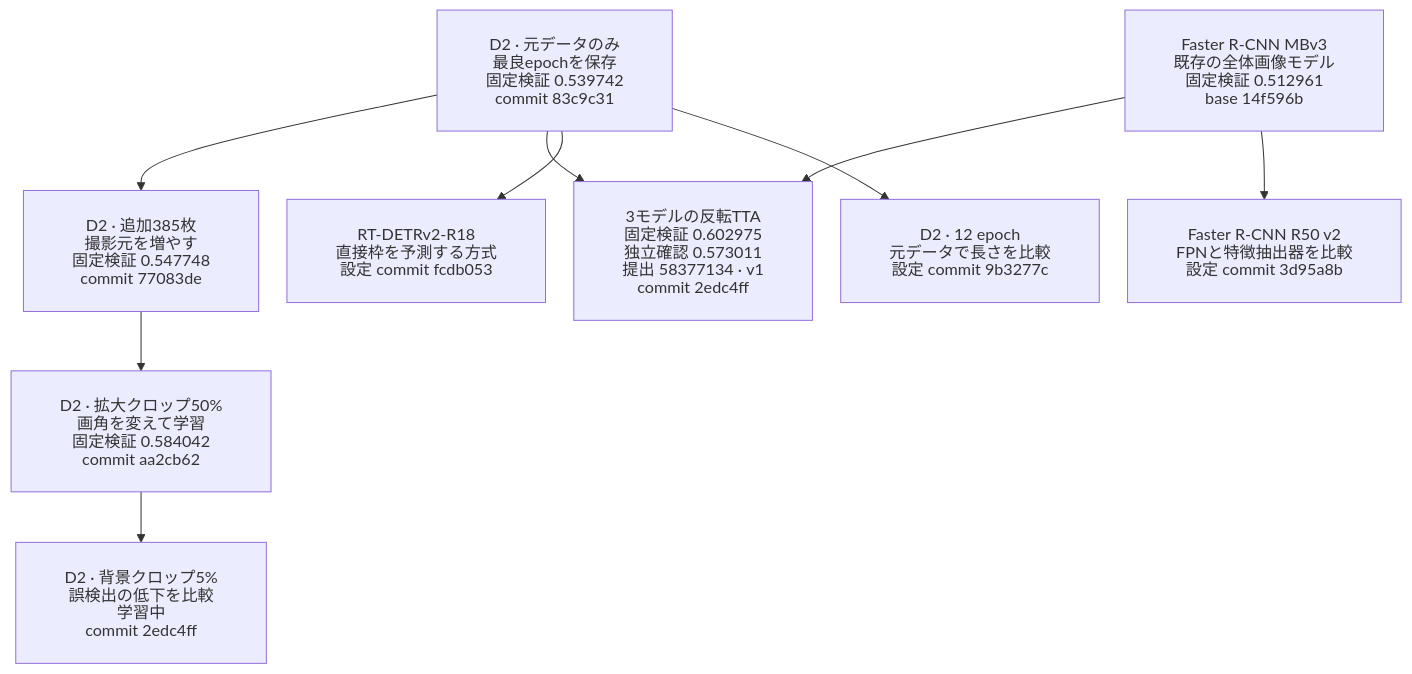
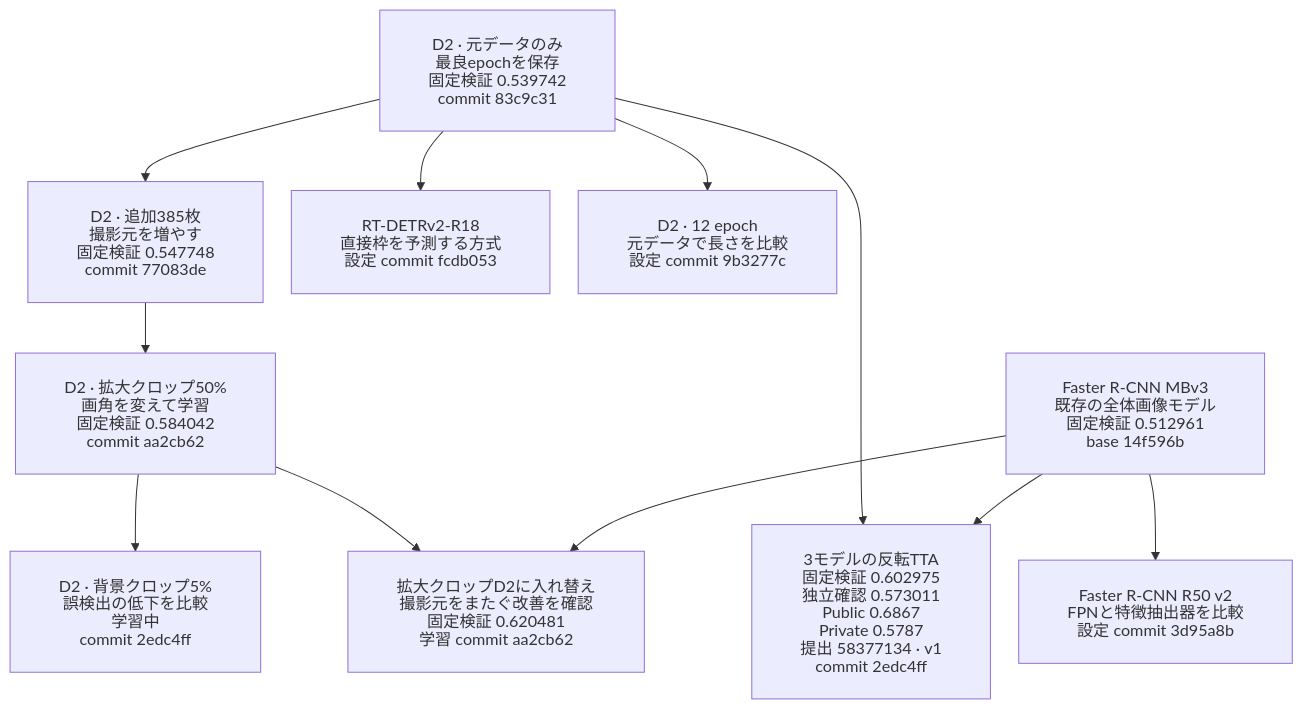
Before and after one commit to Yutarotaro/kaggle-global-wheat-detection: the fifth of 5 diagrams in docs/experiment-lineage.md, drawn with Mermaid. The commit also changed 1 other file, not shown here.

Commit message:
docs: Kaggle Private 0.5787とクロップ重みの比較を記録する

````diff
--- a/docs/experiment-lineage.md
+++ b/docs/experiment-lineage.md
@@ -161,20 +161,23 @@
 ```mermaid
 %%{init: {"htmlLabels": false, "flowchart": {"padding": 24, "nodeSpacing": 28}}}%%
 flowchart TB
     M["Faster R-CNN MBv3<br/>既存の全体画像モデル<br/>固定検証 0.512961<br/>base 14f596b"]
     D["D2 · 元データのみ<br/>最良epochを保存<br/>固定検証 0.539742<br/>commit 83c9c31"]
     F["D2 · 追加385枚<br/>撮影元を増やす<br/>固定検証 0.547748<br/>commit 77083de"]
     C["D2 · 拡大クロップ50%<br/>画角を変えて学習<br/>固定検証 0.584042<br/>commit aa2cb62"]
     N["D2 · 背景クロップ5%<br/>誤検出の低下を比較<br/>学習中<br/>commit 2edc4ff"]
-    S["3モデルの反転TTA<br/>固定検証 0.602975<br/>独立確認 0.573011<br/>提出 58377134 · v1<br/>commit 2edc4ff"]
+    S["3モデルの反転TTA<br/>固定検証 0.602975<br/>独立確認 0.573011<br/>Public 0.6867<br/>Private 0.5787<br/>提出 58377134 · v1<br/>commit 2edc4ff"]
+    Z["拡大クロップD2に入れ替え<br/>撮影元をまたぐ改善を確認<br/>固定検証 0.620481<br/>学習 commit aa2cb62"]
     T["RT-DETRv2-R18<br/>直接枠を予測する方式<br/>設定 commit fcdb053"]
     R["Faster R-CNN R50 v2<br/>FPNと特徴抽出器を比較<br/>設定 commit 3d95a8b"]
     L["D2 · 12 epoch<br/>元データで長さを比較<br/>設定 commit 9b3277c"]
 
     D --> F --> C --> N
+    C --> Z
+    M --> Z
     D --> S
     M --> S
     D --> T
     D --> L
     M --> R
 ```
````
